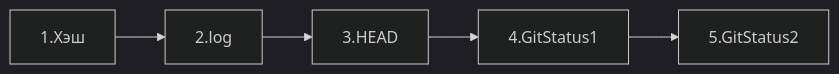
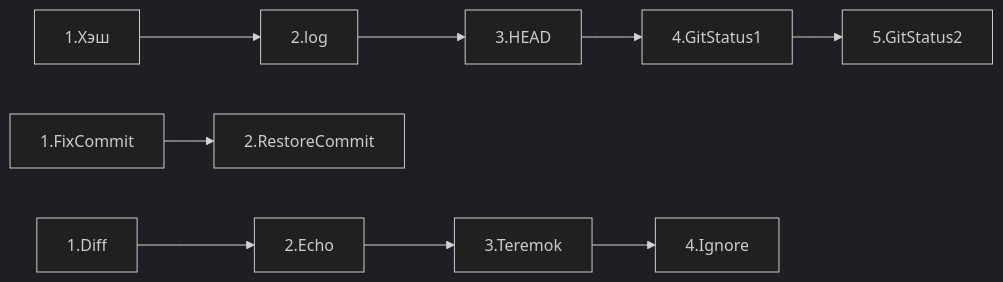
The first of 2 diagrams in README.md (StRavenwing/first-project), drawn with Mermaid (dark theme) before and after one commit. The commit also changed other lines of this file, not shown here.

````diff
--- a/README.md
+++ b/README.md
@@ -24,6 +29,8 @@
 ``` mermaid 
 graph LR;
 
 %% Пройденные уроки
 1.Хэш --> 2.log --> 3.HEAD --> 4.GitStatus1 --> 5.GitStatus2
+1.FixCommit --> 2.RestoreCommit
+1.Diff --> 2.Echo --> 3.Teremok --> 4.Ignore
 ```
````
